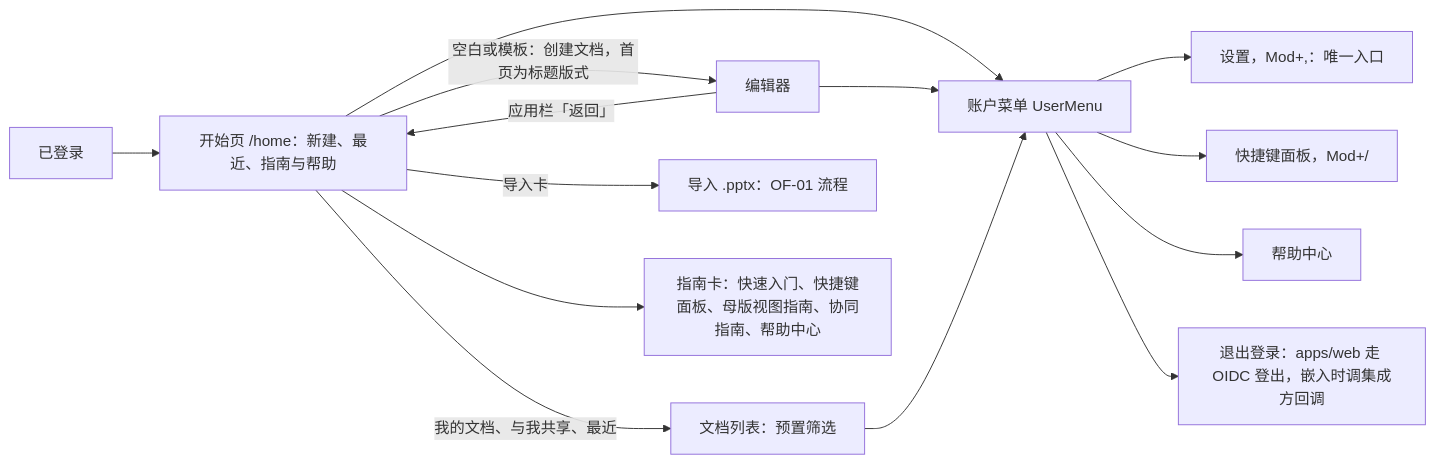
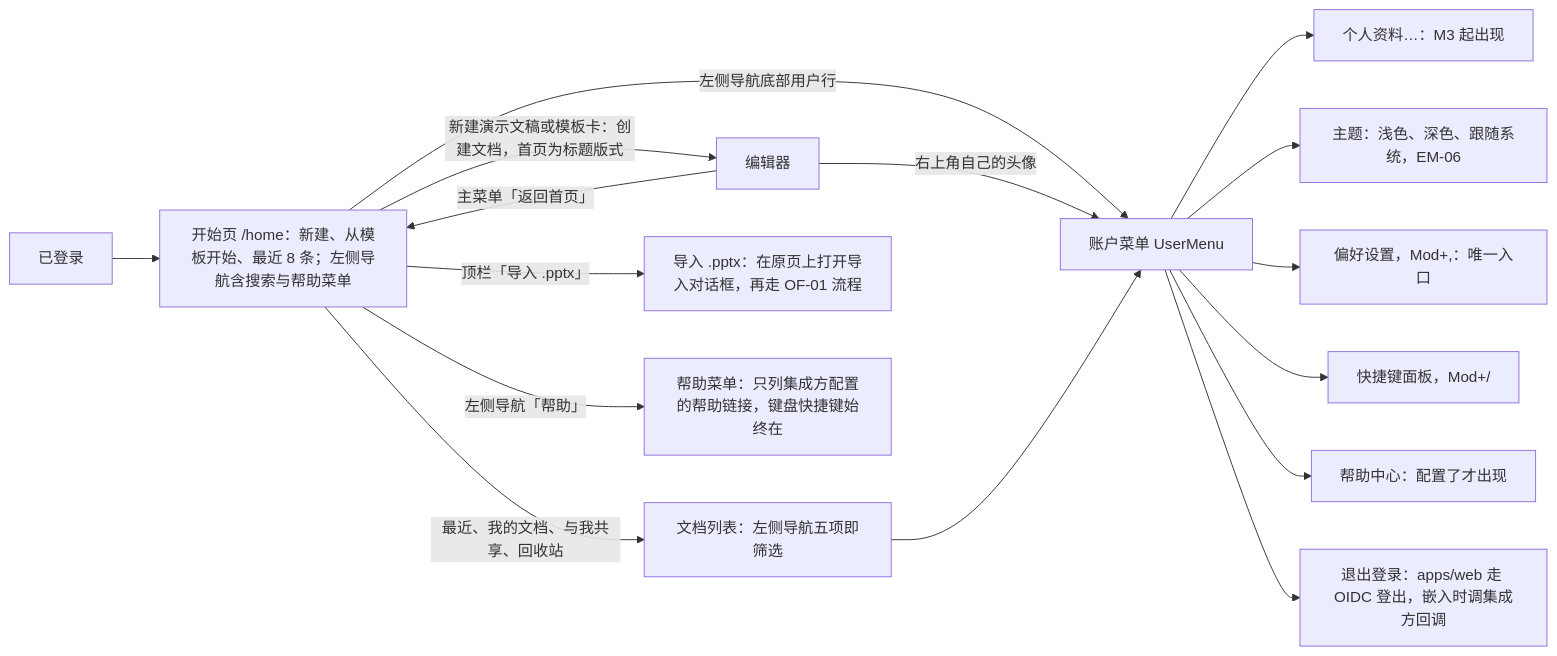
One commit to Xeonice/cordis-ppt-editor changed the diagram in docs/10-prd/03-features/08-app-shell.md. Above: the diagram before and after it, drawn with Mermaid. The commit also changed other lines of this file and 16 other files, not shown here.

First line of the commit message:
docs(prd): 按设计语言 v3 改读需求表述（第 0–3 批与母版视图改版）

````diff
--- a/docs/10-prd/03-features/08-app-shell.md
+++ b/docs/10-prd/03-features/08-app-shell.md
@@ -18,27 +18,31 @@
 ```mermaid
 flowchart LR
   login["已登录"]
-  home["开始页 /home：新建、最近、指南与帮助"]
+  home["开始页 /home：新建、从模板开始、最近 8 条；左侧导航含搜索与帮助菜单"]
   editor["编辑器"]
-  list["文档列表：预置筛选"]
-  importcard["导入 .pptx：OF-01 流程"]
-  guide["指南卡：快速入门、快捷键面板、母版视图指南、协同指南、帮助中心"]
+  list["文档列表：左侧导航五项即筛选"]
+  importcard["导入 .pptx：在原页上打开导入对话框，再走 OF-01 流程"]
+  guide["帮助菜单：只列集成方配置的帮助链接，键盘快捷键始终在"]
   menu["账户菜单 UserMenu"]
-  settings["设置，Mod+,：唯一入口"]
+  profile["个人资料…：M3 起出现"]
+  theme["主题：浅色、深色、跟随系统，EM-06"]
+  settings["偏好设置，Mod+,：唯一入口"]
   keys["快捷键面板，Mod+/"]
-  help["帮助中心"]
+  help["帮助中心：配置了才出现"]
   logout["退出登录：apps/web 走 OIDC 登出，嵌入时调集成方回调"]
   login --> home
-  home -->|"空白或模板：创建文档，首页为标题版式"| editor
-  home -->|"导入卡"| importcard
-  home -->|"我的文档、与我共享、最近"| list
-  home --> guide
-  editor -->|"应用栏「返回」"| home
-  home --> menu
-  editor --> menu
+  home -->|"新建演示文稿或模板卡：创建文档，首页为标题版式"| editor
+  home -->|"顶栏「导入 .pptx」"| importcard
+  home -->|"最近、我的文档、与我共享、回收站"| list
+  home -->|"左侧导航「帮助」"| guide
+  editor -->|"主菜单「返回首页」"| home
+  home -->|"左侧导航底部用户行"| menu
+  editor -->|"右上角自己的头像"| menu
   list --> menu
+  menu --> profile
+  menu --> theme
   menu --> settings
   menu --> keys
   menu --> help
   menu --> logout
 ```
````
